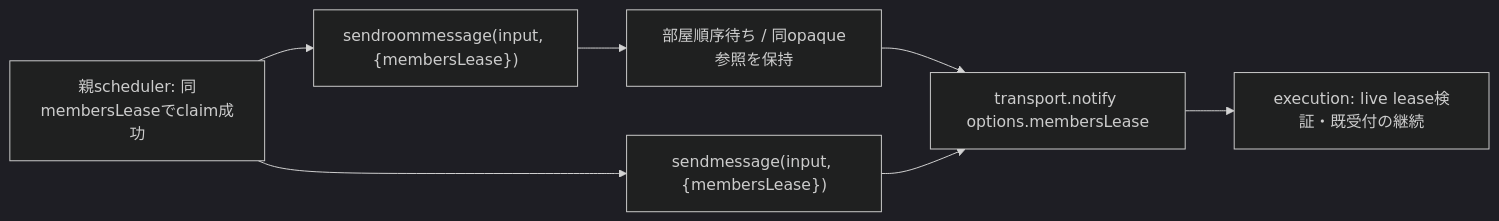
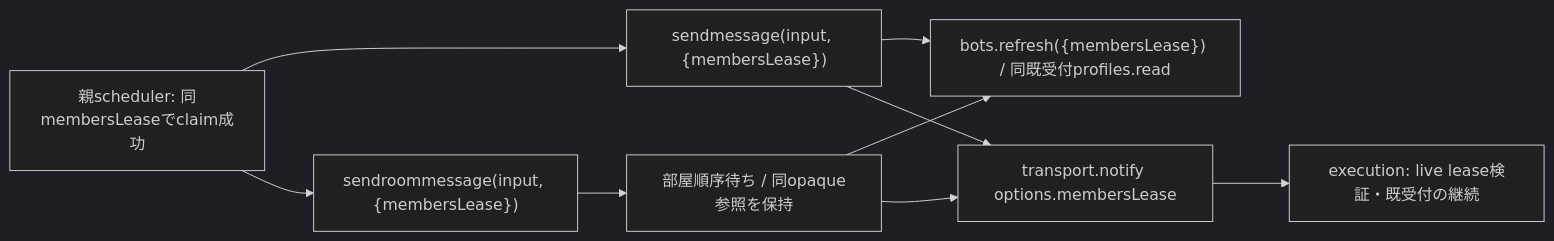
One commit to kitepon/BellTeam changed the second of 4 diagrams in docs/architecture/modules/conversation/delivery.md. Above: the diagram before and after it, drawn with Mermaid (dark theme). The commit also changed other lines of this file and 3 other files, not shown here.

Commit message:
Carry accepted members leases into delivery registry refresh

````diff
--- a/docs/architecture/modules/conversation/delivery.md
+++ b/docs/architecture/modules/conversation/delivery.md
@@ -38,9 +38,11 @@
 ```mermaid
 flowchart LR
   Scheduler["親scheduler: 同membersLeaseでclaim成功"] --> Messenger["sendmessage(input, {membersLease})"]
   Scheduler --> Room["sendroommessage(input, {membersLease})"]
   Room --> Order["部屋順序待ち / 同opaque参照を保持"]
+  Messenger --> Fresh["bots.refresh({membersLease}) / 同既受付profiles.read"]
+  Order --> Fresh
   Order --> Notify["transport.notify options.membersLease"]
   Messenger --> Notify
   Notify --> Execution["execution: live lease検証・既受付の継続"]
 ```
````
